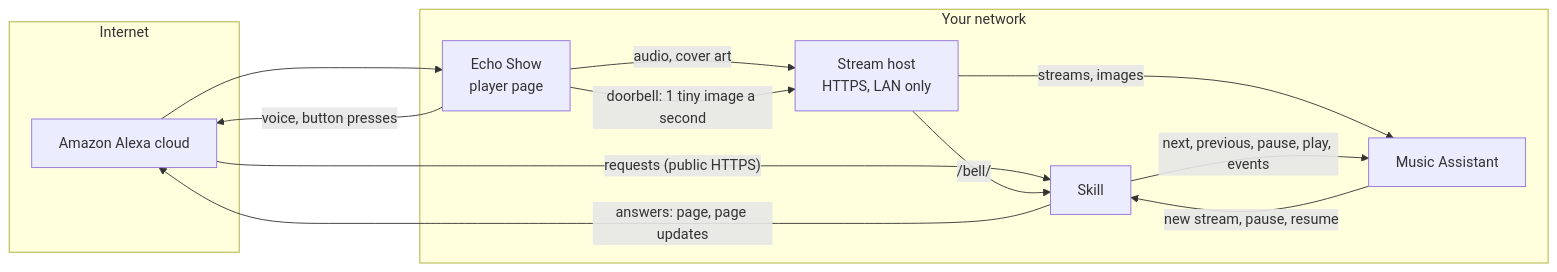
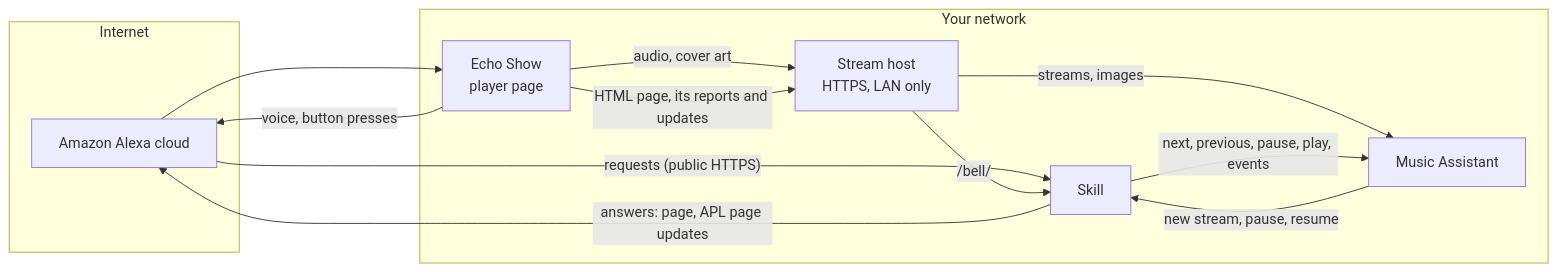
Before and after one commit to szsolt/music-assistant-alexa-skill-prototype: the first of 5 diagrams in ARCHITECTURE.md, drawn with Mermaid. The commit also changed other lines of this file and 165 other files, not shown here.

````diff
--- a/ARCHITECTURE.md
+++ b/ARCHITECTURE.md
@@ -9,25 +9,25 @@
 ```mermaid
 flowchart LR
     subgraph Internet
         AMZ[Amazon Alexa cloud]
     end
     subgraph LAN[Your network]
         ECHO[Echo Show<br/>player page]
         SKILL[Skill]
         MA[Music Assistant]
         STREAM[Stream host<br/>HTTPS, LAN only]
     end
 
     ECHO -- "voice, button presses" --> AMZ
     AMZ -- "requests (public HTTPS)" --> SKILL
-    SKILL -- "answers: page, page updates" --> AMZ
+    SKILL -- "answers: page, APL page updates" --> AMZ
     AMZ --> ECHO
 
     ECHO -- "audio, cover art" --> STREAM
-    ECHO -- "doorbell: 1 tiny image a second" --> STREAM
+    ECHO -- "HTML page, its reports and updates" --> STREAM
     STREAM -- "/bell/" --> SKILL
     STREAM -- "streams, images" --> MA
 
     MA -- "new stream, pause, resume" --> SKILL
     SKILL -- "next, previous, pause, play, events" --> MA
 ```
````
